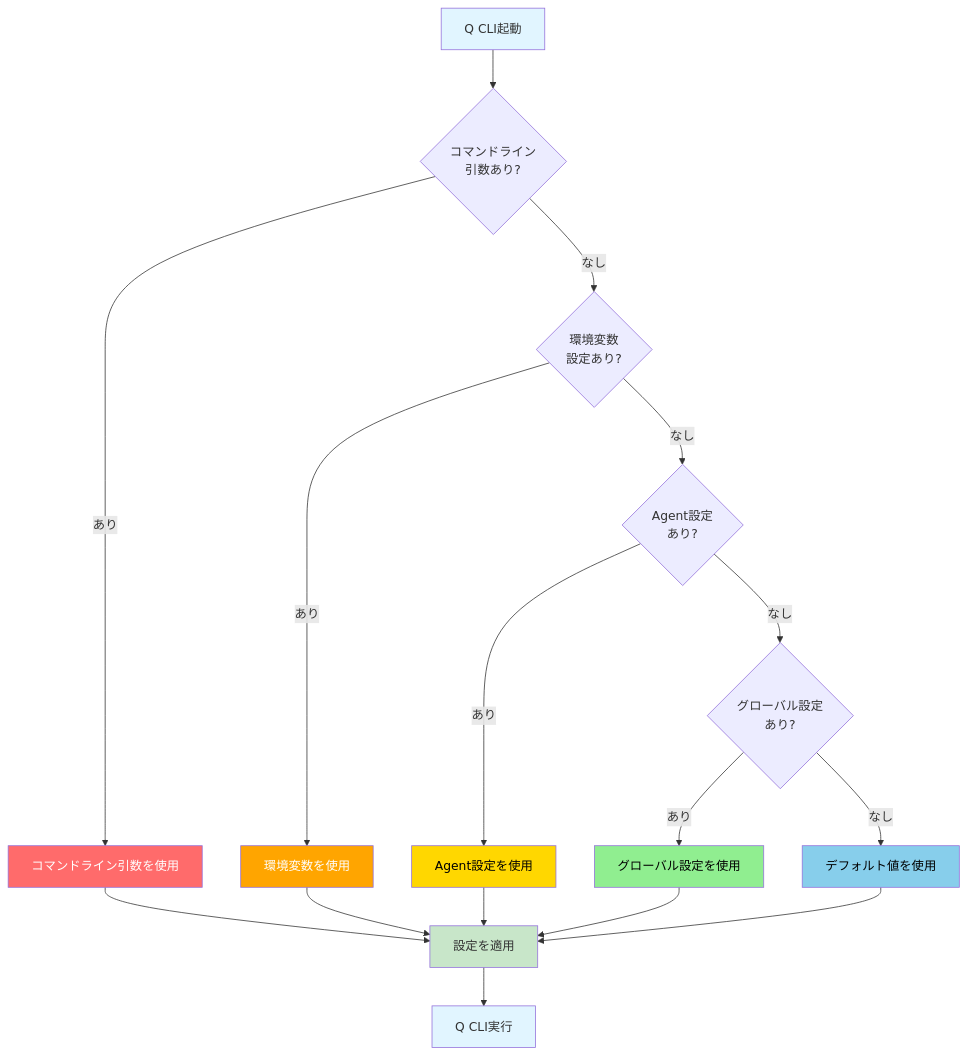
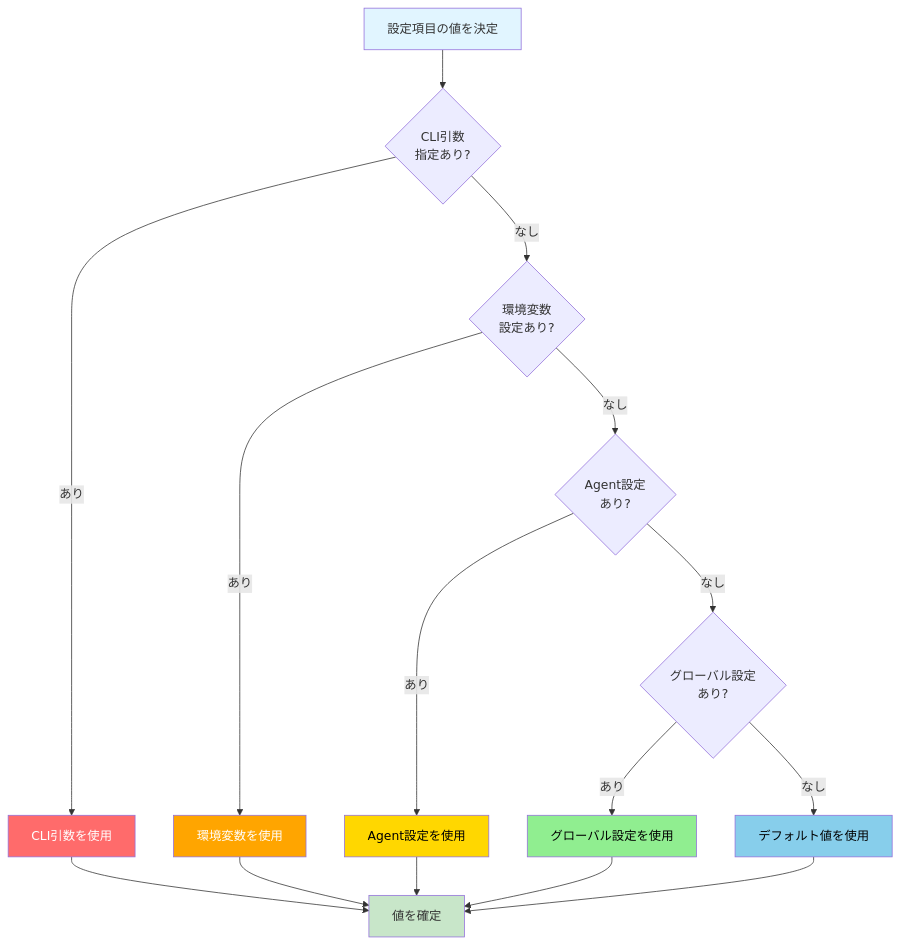
The second of 3 diagrams in docs/01_for-users/03_configuration/02_priority-rules.md (kamogashira-sys/q-cli-docs), drawn with Mermaid before and after one commit. The commit also changed other lines of this file and 3 other files, not shown here.

````diff
--- a/docs/01_for-users/03_configuration/02_priority-rules.md
+++ b/docs/01_for-users/03_configuration/02_priority-rules.md
@@ -44,32 +49,29 @@
 ```mermaid
 flowchart TD
-    Start[Q CLI起動] --> CheckCLI{コマンドライン<br/>引数あり?}
-    CheckCLI -->|あり| UseCLI[コマンドライン引数を使用]
+    Start[設定項目の値を決定] --> CheckCLI{CLI引数<br/>指定あり?}
+    CheckCLI -->|あり| UseCLI[CLI引数を使用]
     CheckCLI -->|なし| CheckEnv{環境変数<br/>設定あり?}
     
     CheckEnv -->|あり| UseEnv[環境変数を使用]
     CheckEnv -->|なし| CheckAgent{Agent設定<br/>あり?}
     
     CheckAgent -->|あり| UseAgent[Agent設定を使用]
     CheckAgent -->|なし| CheckGlobal{グローバル設定<br/>あり?}
     
     CheckGlobal -->|あり| UseGlobal[グローバル設定を使用]
     CheckGlobal -->|なし| UseDefault[デフォルト値を使用]
     
-    UseCLI --> Apply[設定を適用]
-    UseEnv --> Apply
-    UseAgent --> Apply
-    UseGlobal --> Apply
-    UseDefault --> Apply
-    
-    Apply --> End[Q CLI実行]
+    UseCLI --> End[値を確定]
+    UseEnv --> End
+    UseAgent --> End
+    UseGlobal --> End
+    UseDefault --> End
     
     style Start fill:#e1f5ff
-    style End fill:#e1f5ff
-    style Apply fill:#c8e6c9
+    style End fill:#c8e6c9
     style UseCLI fill:#ff6b6b,color:#fff
     style UseEnv fill:#ffa500,color:#fff
     style UseAgent fill:#ffd700,color:#000
     style UseGlobal fill:#90ee90,color:#000
     style UseDefault fill:#87ceeb,color:#000
 ```
````
